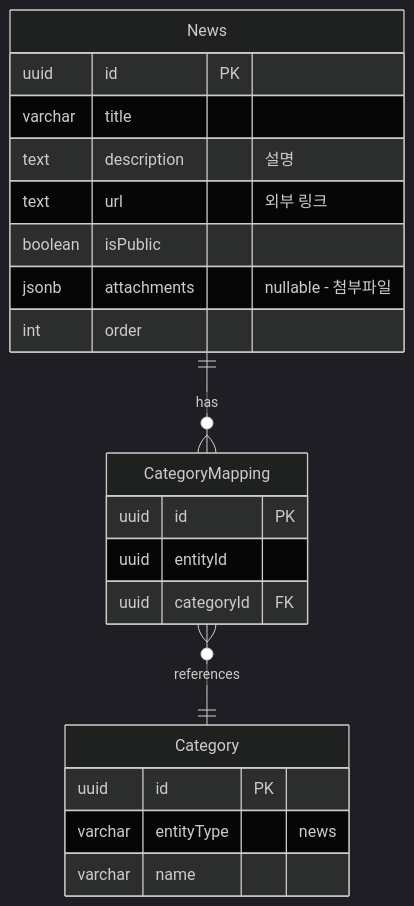
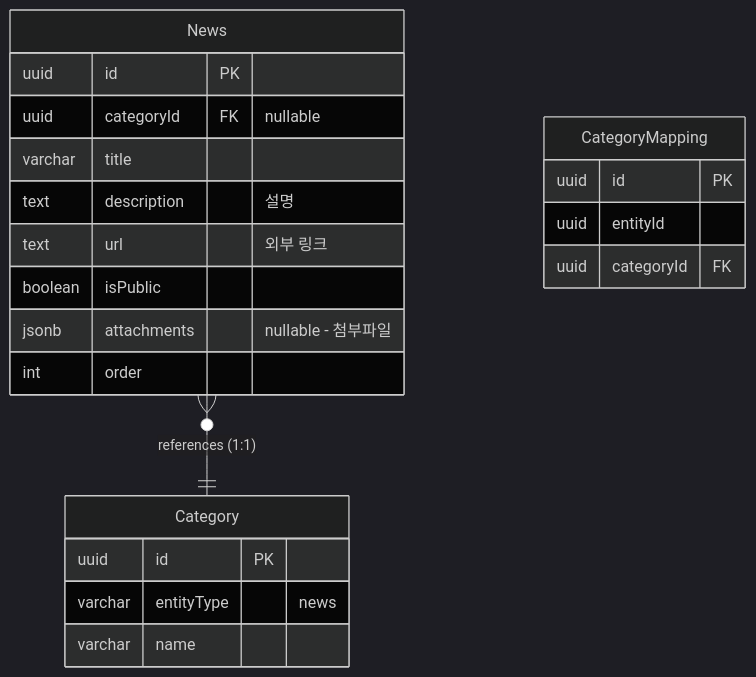
The eighth of 16 diagrams in docs/erd/er-diagram-entities.md (wukdddang/lumir-cms-backend), drawn with Mermaid (dark theme) before and after one commit. The commit also changed other lines of this file and 9 other files, not shown here.

````diff
--- a/docs/erd/er-diagram-entities.md
+++ b/docs/erd/er-diagram-entities.md
@@ -405,27 +358,27 @@
 ```mermaid
 erDiagram
     News {
         uuid id PK
+        uuid categoryId FK "nullable"
         varchar title
         text description "설명"
         text url "외부 링크"
         boolean isPublic
         jsonb attachments "nullable - 첨부파일"
         int order
     }
     
     CategoryMapping {
         uuid id PK
         uuid entityId
         uuid categoryId FK
     }
     
     Category {
         uuid id PK
         varchar entityType "news"
         varchar name
     }
     
-    News ||--o{ CategoryMapping : "has"
-    CategoryMapping }o--|| Category : "references"
+    News }o--|| Category : "references (1:1)"
 ```
````
